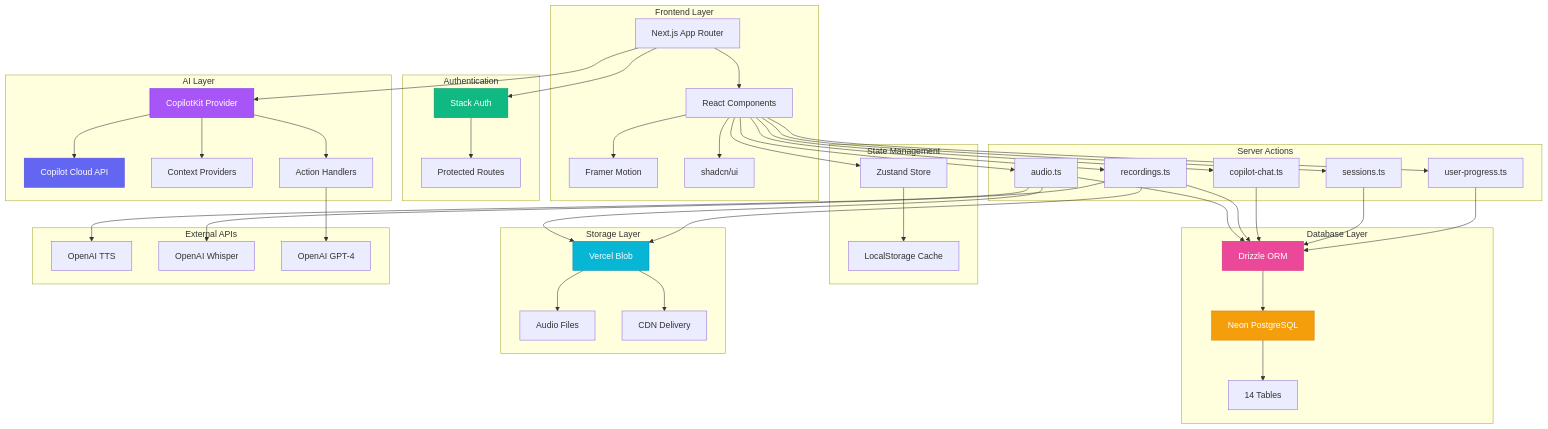
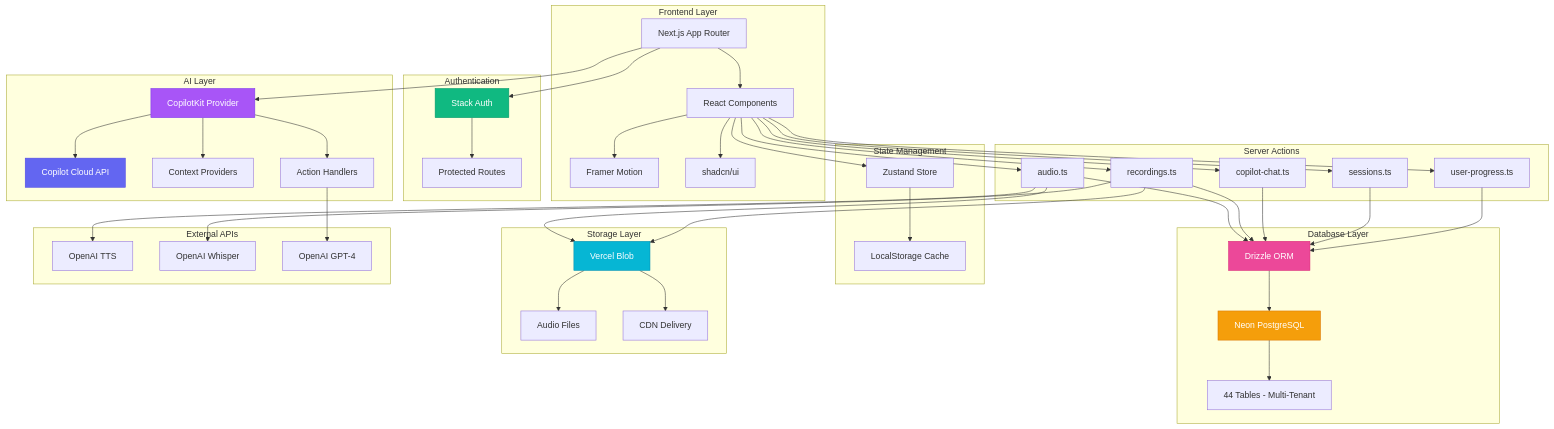
Before and after one commit to ChanMeng666/esol-learning-platform: the third of 12 diagrams in README.md, drawn with Mermaid. The commit also changed other lines of this file, not shown here.

```diff
--- a/README.md
+++ b/README.md
@@ -234,7 +235,7 @@
     subgraph "Database Layer"
         R[Drizzle ORM]
         S[Neon PostgreSQL]
-        T[14 Tables]
+        T[44 Tables - Multi-Tenant]
     end
 
     subgraph "Storage Layer"
```
